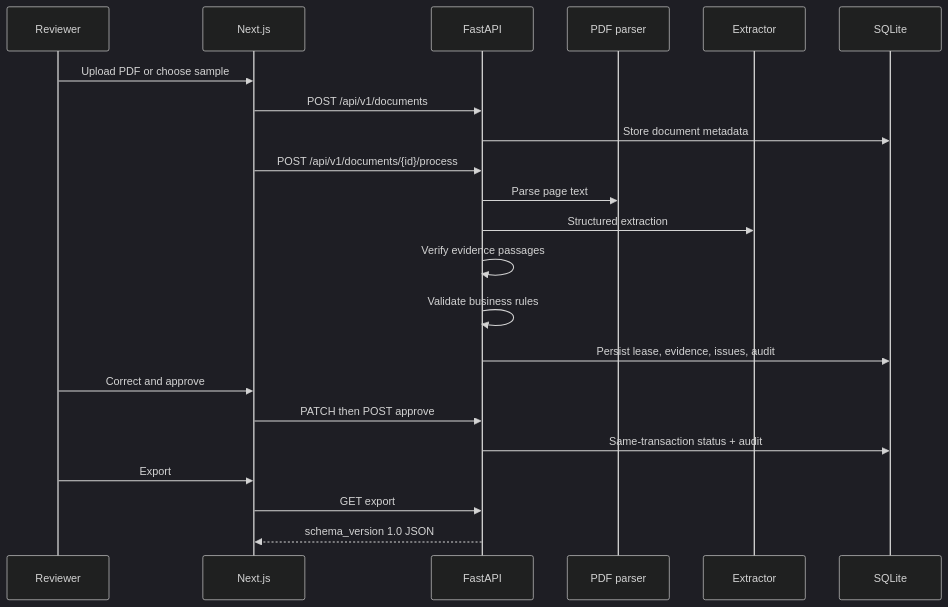
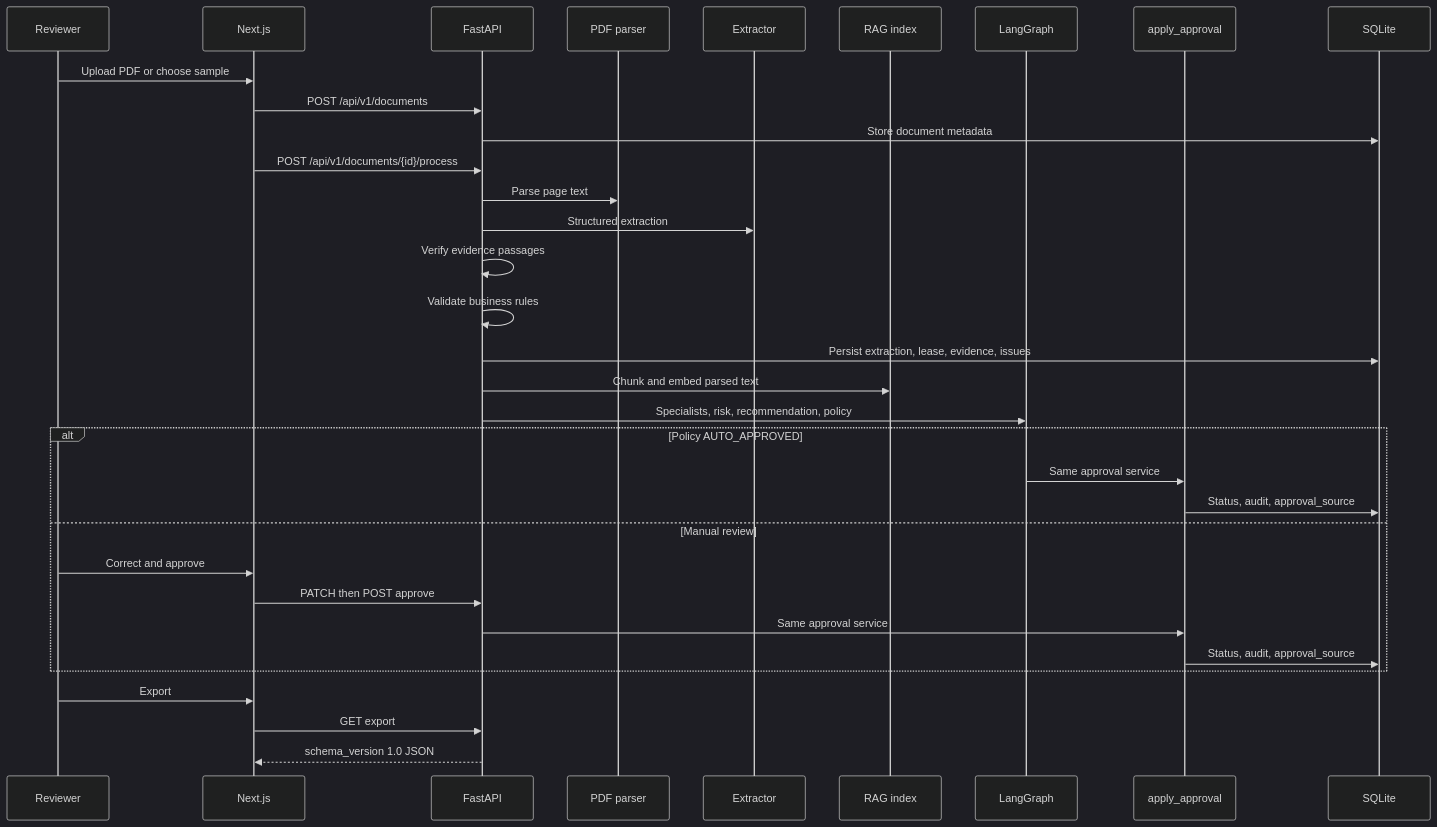
Before and after one commit to goshikavs/leaseflow-ai: the second of 2 diagrams in docs/architecture.md, drawn with Mermaid (dark theme). The commit also changed other lines of this file and 20 other files, not shown here.

Commit message:
Route policy auto-approval through the existing approval service and match fixtures by hash or sample key only.

````diff
--- a/docs/architecture.md
+++ b/docs/architecture.md
@@ -31,24 +31,35 @@
 ```mermaid
 sequenceDiagram
   participant R as Reviewer
   participant UI as Next.js
   participant API as FastAPI
   participant P as PDF parser
   participant X as Extractor
+  participant RAG as RAG index
+  participant G as LangGraph
+  participant A as apply_approval
   participant DB as SQLite
   R->>UI: Upload PDF or choose sample
   UI->>API: POST /api/v1/documents
   API->>DB: Store document metadata
   UI->>API: POST /api/v1/documents/{id}/process
   API->>P: Parse page text
   API->>X: Structured extraction
   API->>API: Verify evidence passages
   API->>API: Validate business rules
-  API->>DB: Persist lease, evidence, issues, audit
-  R->>UI: Correct and approve
-  UI->>API: PATCH then POST approve
-  API->>DB: Same-transaction status + audit
+  API->>DB: Persist extraction, lease, evidence, issues
+  API->>RAG: Chunk and embed parsed text
+  API->>G: Specialists, risk, recommendation, policy
+  alt Policy AUTO_APPROVED
+    G->>A: Same approval service
+    A->>DB: Status, audit, approval_source
+  else Manual review
+    R->>UI: Correct and approve
+    UI->>API: PATCH then POST approve
+    API->>A: Same approval service
+    A->>DB: Status, audit, approval_source
+  end
   R->>UI: Export
   UI->>API: GET export
   API-->>UI: schema_version 1.0 JSON
 ```
````
